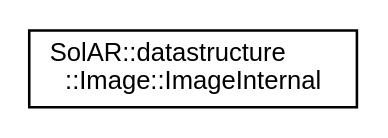
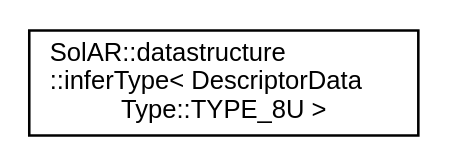
One commit to SolarFramework/solarframework.github.io changed the diagram in api_documentation/inherit_graph_20.dot. Above: the diagram before and after it, drawn with Graphviz. The commit also changed 84 other files, not shown here.

```diff
--- a/api_documentation/inherit_graph_20.dot
+++ b/api_documentation/inherit_graph_20.dot
@@ -1,7 +1,7 @@
 digraph "Graphical Class Hierarchy"
 {
   edge [fontname="Helvetica",fontsize="10",labelfontname="Helvetica",labelfontsize="10"];
   node [fontname="Helvetica",fontsize="10",shape=record];
   rankdir="LR";
-  Node0 [label="SolAR::datastructure\l::Image::ImageInternal",height=0.2,width=0.4,color="black", fillcolor="white", style="filled",URL="$class_sol_a_r_1_1datastructure_1_1_image_1_1_image_internal.html"];
+  Node0 [label="SolAR::datastructure\l::inferType\< DescriptorData\lType::TYPE_8U \>",height=0.2,width=0.4,color="black", fillcolor="white", style="filled",URL="$struct_sol_a_r_1_1datastructure_1_1infer_type_3_01_descriptor_data_type_1_1_t_y_p_e__8_u_01_4.html"];
 }
```
